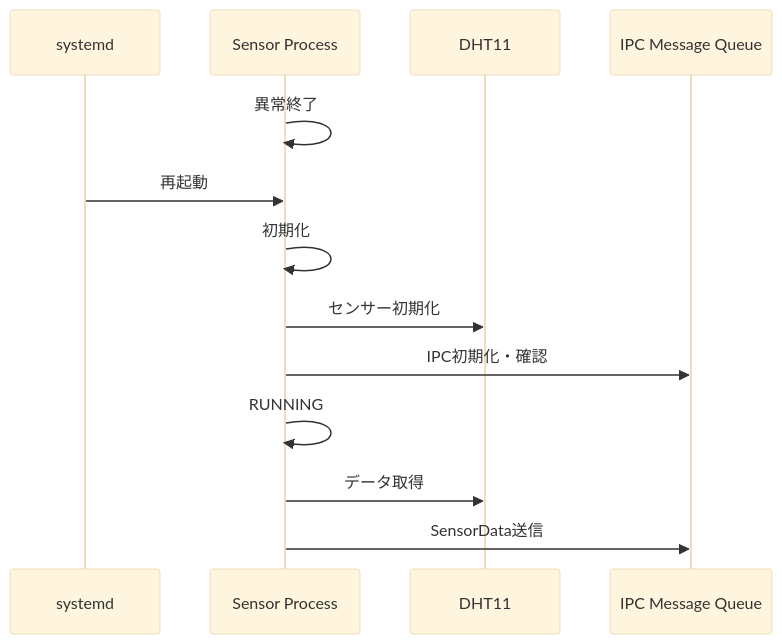
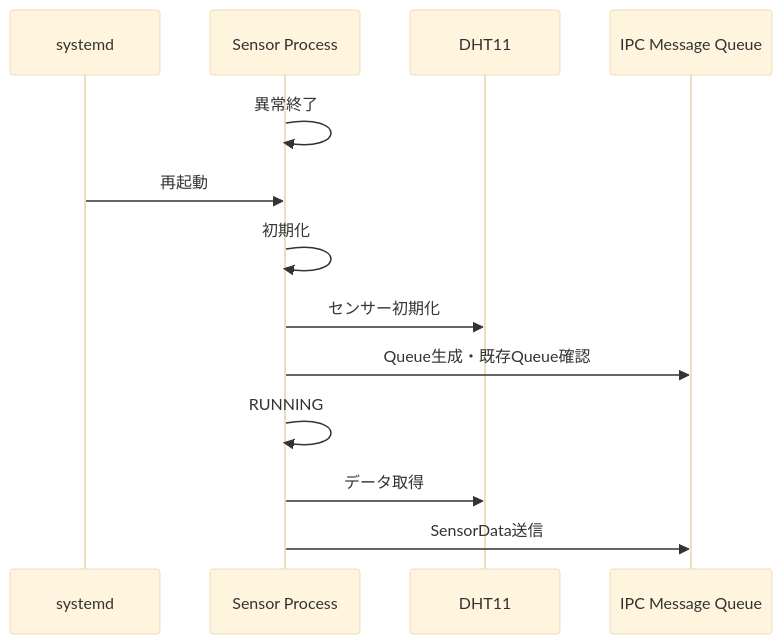
Before and after one commit to yujimasuda77777/Raspberry_Pi_4B_Edge_IoT_System: the fifth of 15 diagrams in docs/06_system_management_security.md, drawn with Mermaid (base theme). The commit also changed other lines of this file and 1 other file, not shown here.

````diff
--- a/docs/06_system_management_security.md
+++ b/docs/06_system_management_security.md
@@ -271,18 +311,18 @@
 ```mermaid
 sequenceDiagram
     participant SD as systemd
     participant SP as Sensor Process
     participant Sensor as DHT11
     participant IPC as IPC Message Queue
 
     SP->>SP: 異常終了
     SD->>SP: 再起動
 
     SP->>SP: 初期化
     SP->>Sensor: センサー初期化
-    SP->>IPC: IPC初期化・確認
+    SP->>IPC: Queue生成・既存Queue確認
     SP->>SP: RUNNING
 
     SP->>Sensor: データ取得
     SP->>IPC: SensorData送信
 ```
````
